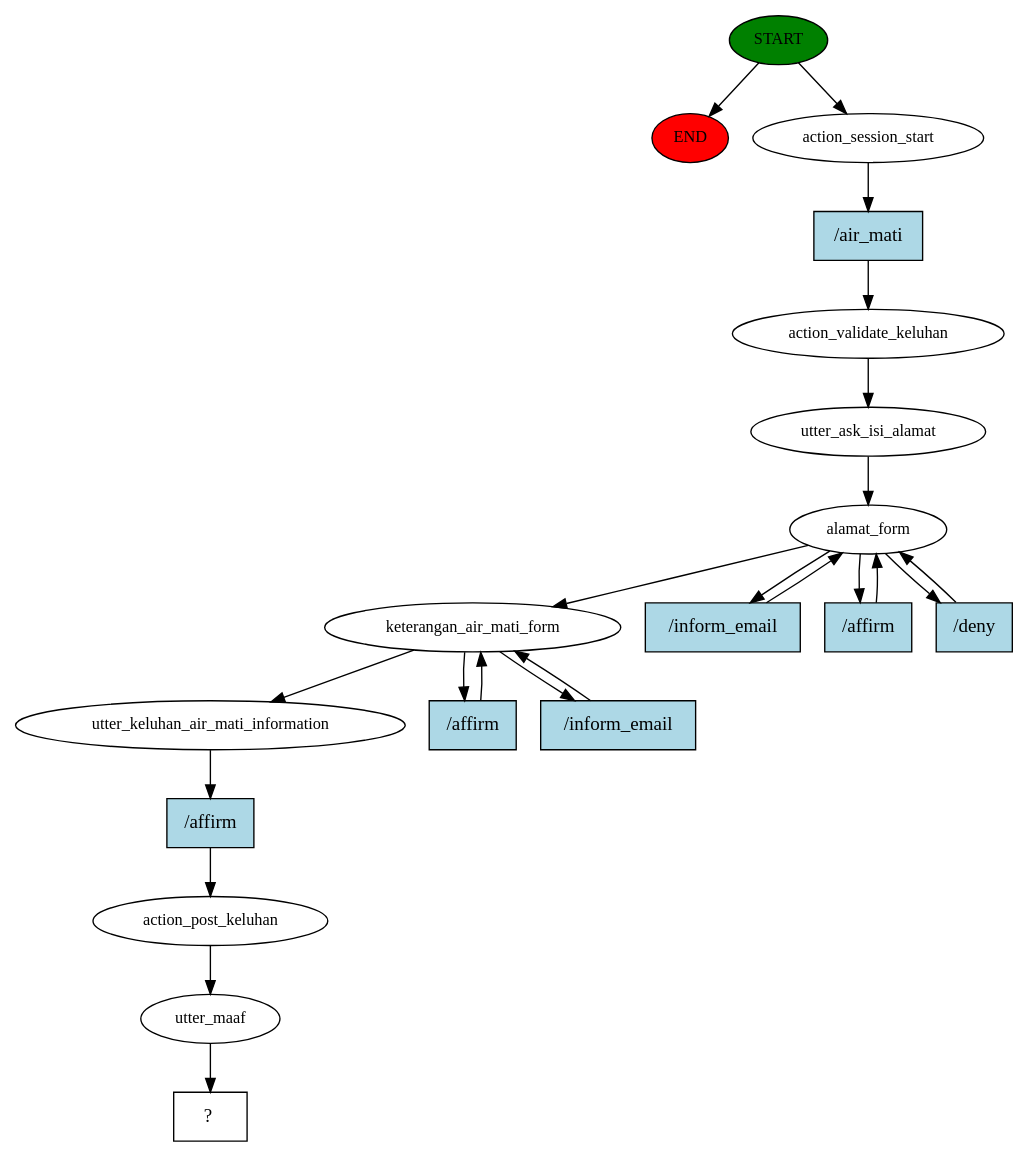
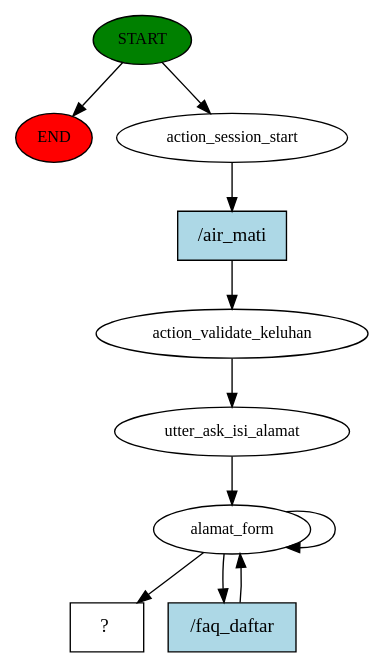
Before and after one commit to rifqoi/rasa-pmjy: the diagram in story_graph.dot, drawn with Graphviz. The commit also changed 8 other files, not shown here.

```diff
--- a/story_graph.dot
+++ b/story_graph.dot
@@ -1,42 +1,21 @@
 digraph  {
 0 [class="start active", fillcolor=green, fontsize=12, label=START, style=filled];
 "-1" [class=end, fillcolor=red, fontsize=12, label=END, style=filled];
 1 [class=active, fontsize=12, label=action_session_start];
 2 [class=active, fontsize=12, label=action_validate_keluhan];
 3 [class=active, fontsize=12, label=utter_ask_isi_alamat];
 4 [class=active, fontsize=12, label=alamat_form];
-9 [class=active, fontsize=12, label=keterangan_air_mati_form];
-12 [class=active, fontsize=12, label=utter_keluhan_air_mati_information];
-13 [class=active, fontsize=12, label=action_post_keluhan];
-14 [class=active, fontsize=12, label=utter_maaf];
-15 [class="intent dashed active", label="  ?  ", shape=rect];
-16 [class="intent active", fillcolor=lightblue, label="/air_mati", shape=rect, style=filled];
-17 [class="intent active", fillcolor=lightblue, label="/inform_email", shape=rect, style=filled];
-18 [class="intent active", fillcolor=lightblue, label="/affirm", shape=rect, style=filled];
-19 [class="intent active", fillcolor=lightblue, label="/deny", shape=rect, style=filled];
-20 [class="intent active", fillcolor=lightblue, label="/affirm", shape=rect, style=filled];
-21 [class="intent active", fillcolor=lightblue, label="/inform_email", shape=rect, style=filled];
-22 [class="intent active", fillcolor=lightblue, label="/affirm", shape=rect, style=filled];
+10 [class="intent dashed active", label="  ?  ", shape=rect];
+11 [class="intent active", fillcolor=lightblue, label="/air_mati", shape=rect, style=filled];
+12 [class="intent active", fillcolor=lightblue, label="/faq_daftar", shape=rect, style=filled];
 0 -> "-1"  [class="", key=NONE, label=""];
 0 -> 1  [class=active, key=NONE, label=""];
-1 -> 16  [class=active, key=0];
+1 -> 11  [class=active, key=0];
 2 -> 3  [class=active, key=NONE, label=""];
 3 -> 4  [class=active, key=NONE, label=""];
-4 -> 9  [class=active, key=NONE, label=""];
-4 -> 17  [class=active, key=0];
-4 -> 18  [class=active, key=0];
-4 -> 19  [class=active, key=0];
-9 -> 12  [class=active, key=NONE, label=""];
-9 -> 20  [class=active, key=0];
-9 -> 21  [class=active, key=0];
-12 -> 22  [class=active, key=0];
-13 -> 14  [class=active, key=NONE, label=""];
-14 -> 15  [class=active, key=NONE, label=""];
-16 -> 2  [class=active, key=0];
-17 -> 4  [class=active, key=0];
-18 -> 4  [class=active, key=0];
-19 -> 4  [class=active, key=0];
-20 -> 9  [class=active, key=0];
-21 -> 9  [class=active, key=0];
-22 -> 13  [class=active, key=0];
+4 -> 4  [class=active, key=NONE, label=""];
+4 -> 10  [class=active, key=NONE, label=""];
+4 -> 12  [class=active, key=0];
+11 -> 2  [class=active, key=0];
+12 -> 4  [class=active, key=0];
 }
```
